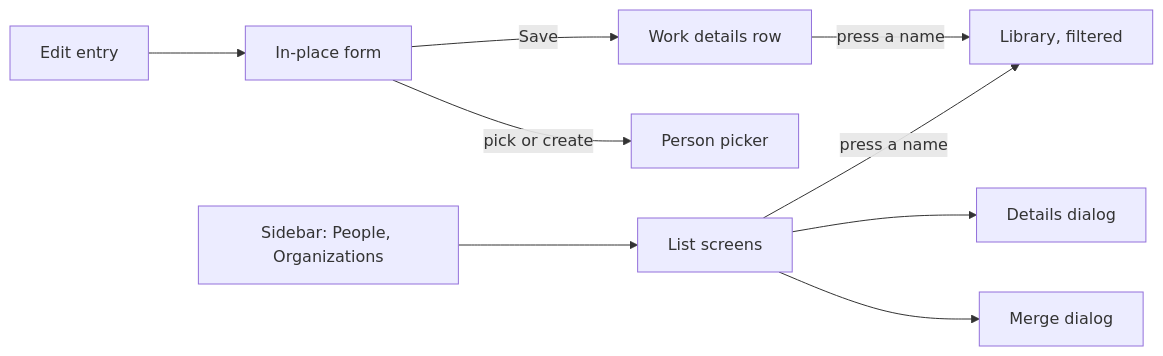
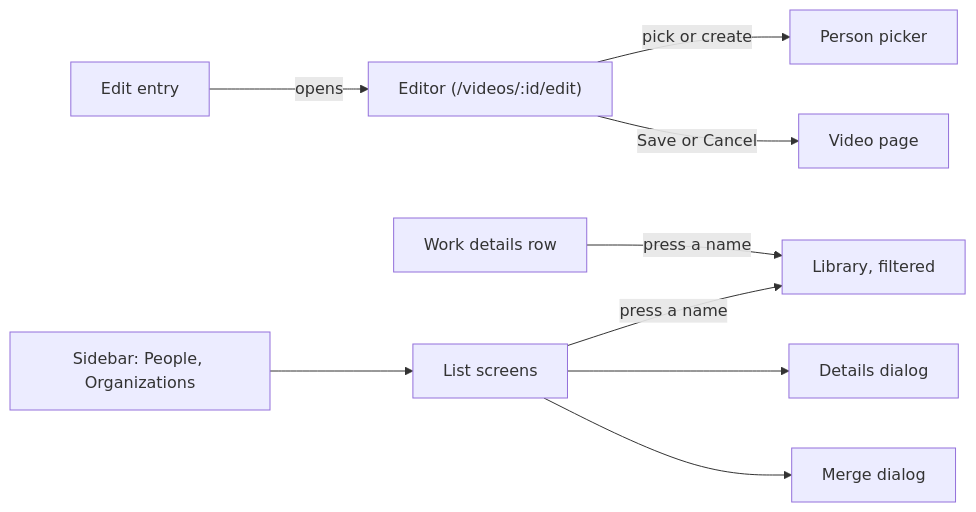
One commit to syudead/vv changed the first of 7 diagrams in specs/047-video-work-info/ui-design.md. Above: the diagram before and after it, drawn with Mermaid. The commit also changed other lines of this file, not shown here.

First line of the commit message:
Rework the work information design around a full-screen editor that saves the display name with it

````diff
--- a/specs/047-video-work-info/ui-design.md
+++ b/specs/047-video-work-info/ui-design.md
@@ -43,11 +47,11 @@
 ```mermaid
 flowchart LR
   row[Work details row] -->|press a name| lib[Library, filtered]
-  entry[Edit entry] --> form[In-place form]
-  form -->|pick or create| picker[Person picker]
-  form -->|Save| row
+  entry[Edit entry] -->|opens| editor["Editor (/videos/:id/edit)"]
+  editor -->|pick or create| picker[Person picker]
+  editor -->|Save or Cancel| page[Video page]
   side[Sidebar: People, Organizations] --> admin[List screens]
   admin -->|press a name| lib
   admin --> details[Details dialog]
   admin --> merge[Merge dialog]
 ```
````
